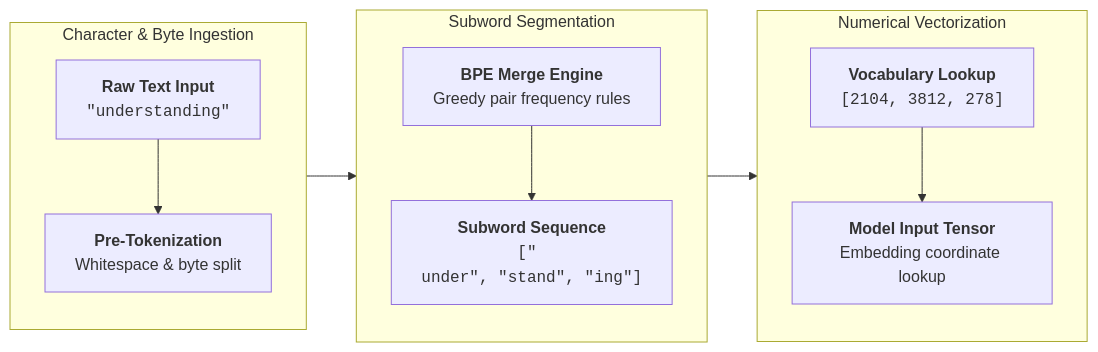
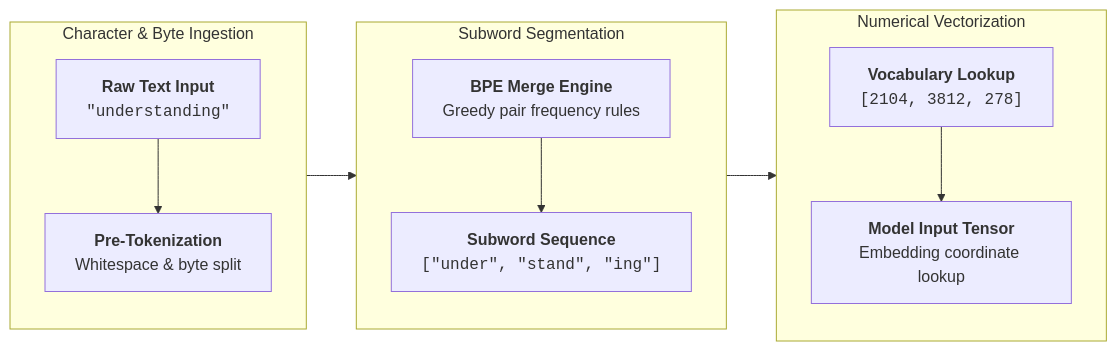
Before and after one commit to shotsan/llmnerd: the diagram in content/foundations/tokenization.md, drawn with Mermaid. The commit also changed 17 other files, not shown here.

````diff
--- a/content/foundations/tokenization.md
+++ b/content/foundations/tokenization.md
@@ -24,22 +24,22 @@
 ```mermaid
 flowchart LR
     subgraph S1["Character & Byte Ingestion"]
         direction TB
         A["<b>Raw Text Input</b><br/><code>&quot;understanding&quot;</code>"]
         --> B["<b>Pre-Tokenization</b><br/>Whitespace & byte split"]
     end
 
     subgraph S2["Subword Segmentation"]
         direction TB
         C["<b>BPE Merge Engine</b><br/>Greedy pair frequency rules"]
-        --> D["<b>Subword Sequence</b><br/><code>[&quot; under&quot;,&nbsp;&quot;stand&quot;,&nbsp;&quot;ing&quot;]</code>"]
+        --> D["<b>Subword Sequence</b><br/><code>[&quot;under&quot;,&nbsp;&quot;stand&quot;,&nbsp;&quot;ing&quot;]</code>"]
     end
 
     subgraph S3["Numerical Vectorization"]
         direction TB
         E["<b>Vocabulary Lookup</b><br/><code>[2104,&nbsp;3812,&nbsp;278]</code>"]
         --> F["<b>Model Input Tensor</b><br/>Embedding coordinate lookup"]
     end
 
     S1 --> S2 --> S3
 ```
````
